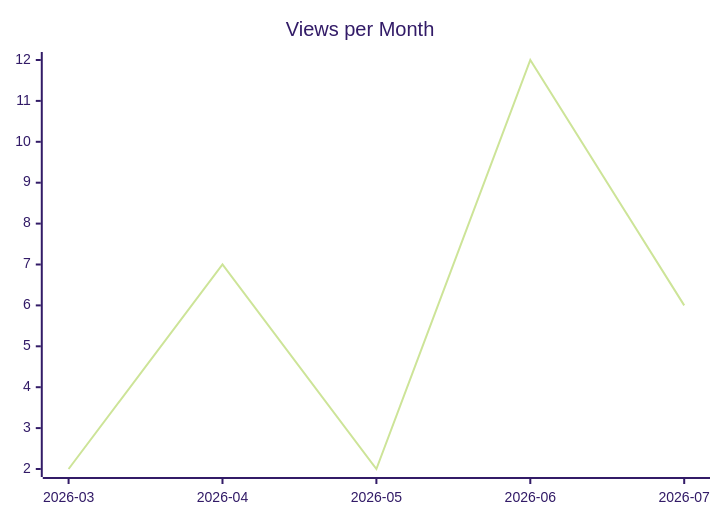
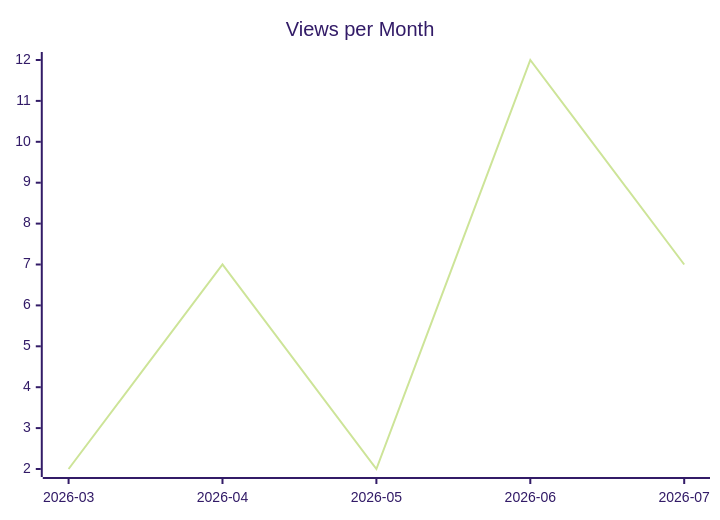
The second of 3 diagrams in karlmdavis/fhir-benchmarks/README.md (justdavis-family/github-analytics-data), drawn with Mermaid (forest theme) before and after one commit. The commit also changed other lines of this file and 166 other files, not shown here.

````diff
--- a/karlmdavis/fhir-benchmarks/README.md
+++ b/karlmdavis/fhir-benchmarks/README.md
@@ -12,6 +12,6 @@
 ```mermaid
 xychart-beta
   title "Views per Month"
   x-axis ["2026-03", "2026-04", "2026-05", "2026-06", "2026-07"]
-  line [2, 7, 2, 12, 6]
+  line [2, 7, 2, 12, 7]
 ```
````
